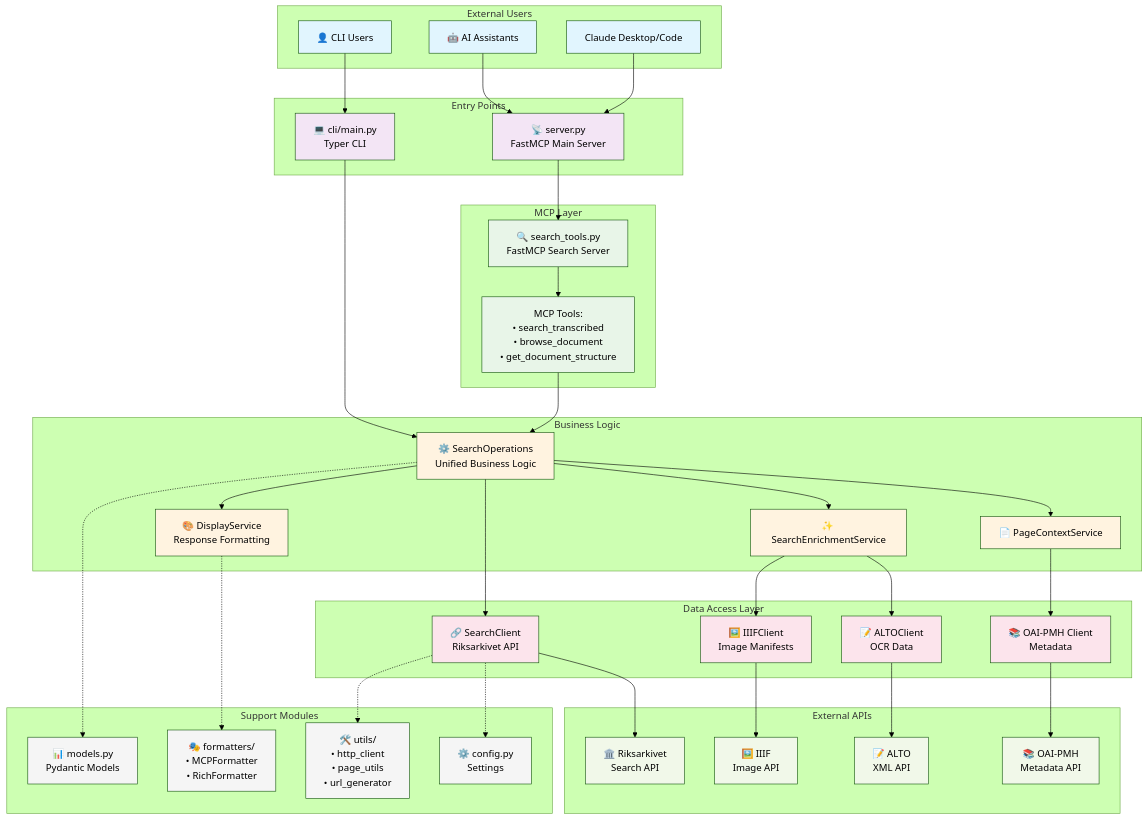
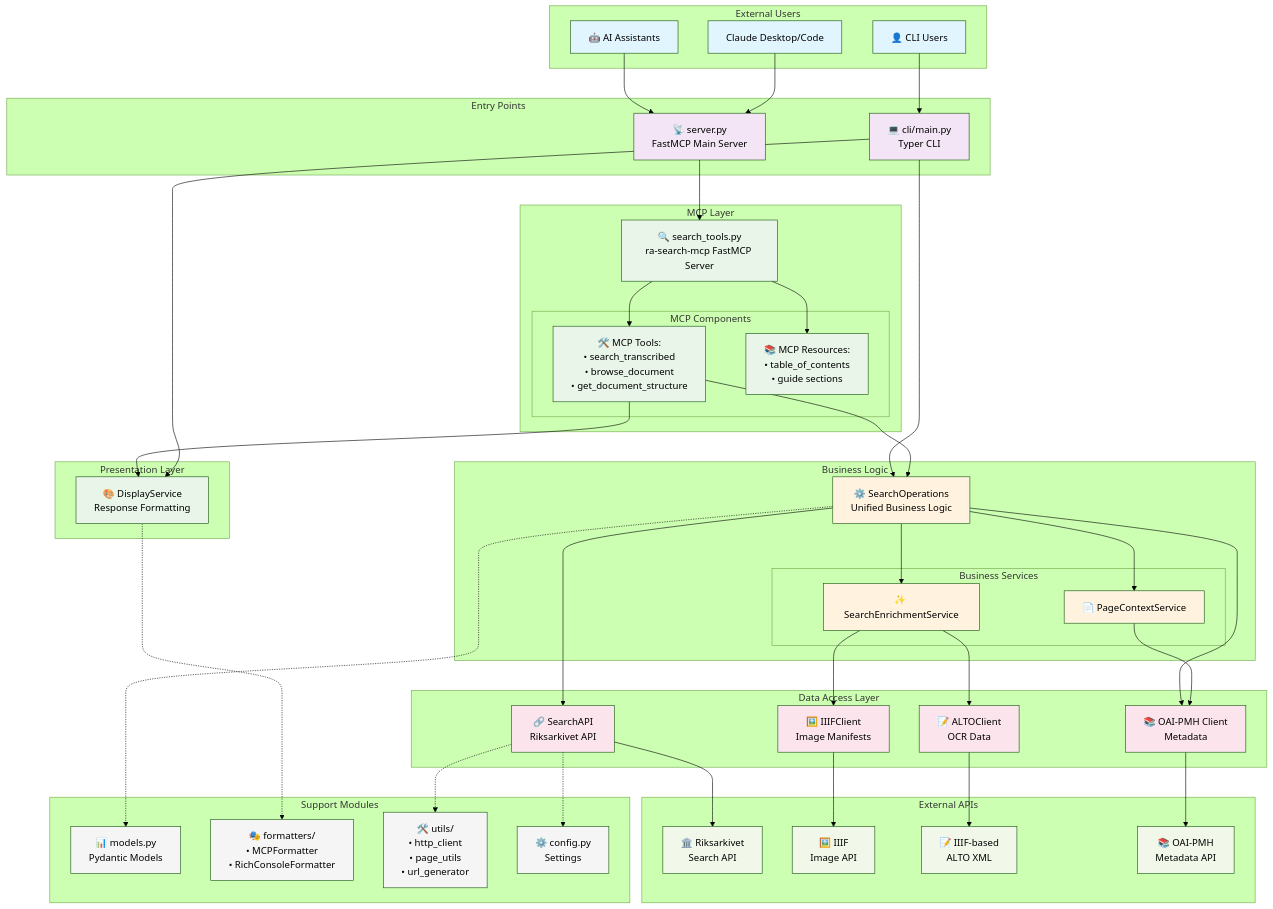
The first of 5 diagrams in docs/architecture-diagrams.md (AI-Riksarkivet/ra-mcp), drawn with Mermaid (forest theme) before and after one commit. The commit also changed other lines of this file, not shown here.

Commit message:
docs: fix architecture diagram accuracy and improve grouping
- Fix naming discrepancies (SearchAPI, RichConsoleFormatter, IIIF-based ALTO)
- Correct component dependency arrows (DisplayService, OAI client usage)
- Improve MCP layer grouping with better server visibility
- Separate business logic from presentation layer
- Add missing RESOURCES node for MCP resources

The architecture diagram now has 100% accuracy with the actual codebase
implementation and better represents the clean architecture patterns.

```diff
--- a/docs/architecture-diagrams.md
+++ b/docs/architecture-diagrams.md
@@ -20,19 +20,29 @@
     end
 
     subgraph "MCP Layer"
-        SEARCH_MCP[🔍 search_tools.py<br/>FastMCP Search Server]
-        TOOLS[MCP Tools:<br/>• search_transcribed<br/>• browse_document<br/>• get_document_structure]
+        SEARCH_MCP[🔍 search_tools.py<br/>ra-search-mcp FastMCP Server]
+
+        subgraph "MCP Components"
+            TOOLS[🛠️ MCP Tools:<br/>• search_transcribed<br/>• browse_document<br/>• get_document_structure]
+            RESOURCES[📚 MCP Resources:<br/>• table_of_contents<br/>• guide sections]
+        end
+    end
+    subgraph "Business Logic"
+        SEARCH_OPS[⚙️ SearchOperations<br/>Unified Business Logic]
+
+        subgraph "Business Services"
+            ENRICHMENT[✨ SearchEnrichmentService]
+            PAGE_CONTEXT[📄 PageContextService]
+        end
     end
 
-    subgraph "Business Logic"
-        SEARCH_OPS[⚙️ SearchOperations<br/>Unified Business Logic]
+   
+    subgraph "Presentation Layer"
         DISPLAY[🎨 DisplayService<br/>Response Formatting]
-        ENRICHMENT[✨ SearchEnrichmentService]
-        PAGE_CONTEXT[📄 PageContextService]
     end
 
     subgraph "Data Access Layer"
-        SEARCH_CLIENT[🔗 SearchClient<br/>Riksarkivet API]
+        SEARCH_CLIENT[🔗 SearchAPI<br/>Riksarkivet API]
         IIIF_CLIENT[🖼️ IIIFClient<br/>Image Manifests]
         ALTO_CLIENT[📝 ALTOClient<br/>OCR Data]
         OAI_CLIENT[📚 OAI-PMH Client<br/>Metadata]
@@ -41,13 +51,13 @@
     subgraph "External APIs"
         RA_API[🏛️ Riksarkivet<br/>Search API]
         IIIF_API[🖼️ IIIF<br/>Image API]
-        ALTO_API[📝 ALTO<br/>XML API]
+        ALTO_API[📝 IIIF-based<br/>ALTO XML]
         OAI_API[📚 OAI-PMH<br/>Metadata API]
     end
 
     subgraph "Support Modules"
         MODELS[📊 models.py<br/>Pydantic Models]
-        FORMATTERS[🎭 formatters/<br/>• MCPFormatter<br/>• RichFormatter]
+        FORMATTERS[🎭 formatters/<br/>• MCPFormatter<br/>• RichConsoleFormatter]
         UTILS[🛠️ utils/<br/>• http_client<br/>• page_utils<br/>• url_generator]
         CONFIG[⚙️ config.py<br/>Settings]
     end
@@ -63,13 +73,18 @@
 
     %% MCP layer
     SEARCH_MCP --> TOOLS
+    SEARCH_MCP --> RESOURCES
     TOOLS --> SEARCH_OPS
 
     %% Business logic flow
     SEARCH_OPS --> SEARCH_CLIENT
-    SEARCH_OPS --> DISPLAY
     SEARCH_OPS --> ENRICHMENT
     SEARCH_OPS --> PAGE_CONTEXT
+    SEARCH_OPS --> OAI_CLIENT
+
+    %% Interface layer to display
+    TOOLS --> DISPLAY
+    CLIMAIN --> DISPLAY
 
     %% Data access
     SEARCH_CLIENT --> RA_API
@@ -91,14 +106,16 @@
     classDef entryClass fill:#f3e5f5
     classDef mcpClass fill:#e8f5e8
     classDef businessClass fill:#fff3e0
+    classDef presentationClass fill:#e8f5e8
     classDef dataClass fill:#fce4ec
     classDef apiClass fill:#f1f8e9
     classDef supportClass fill:#f5f5f5
 
     class CLI,AI,CLAUDE userClass
     class SERVER,CLIMAIN entryClass
-    class SEARCH_MCP,TOOLS mcpClass
-    class SEARCH_OPS,DISPLAY,ENRICHMENT,PAGE_CONTEXT businessClass
+    class SEARCH_MCP,TOOLS,RESOURCES mcpClass
+    class SEARCH_OPS,ENRICHMENT,PAGE_CONTEXT businessClass
+    class DISPLAY presentationClass
     class SEARCH_CLIENT,IIIF_CLIENT,ALTO_CLIENT,OAI_CLIENT dataClass
     class RA_API,IIIF_API,ALTO_API,OAI_API apiClass
     class MODELS,FORMATTERS,UTILS,CONFIG supportClass
```
